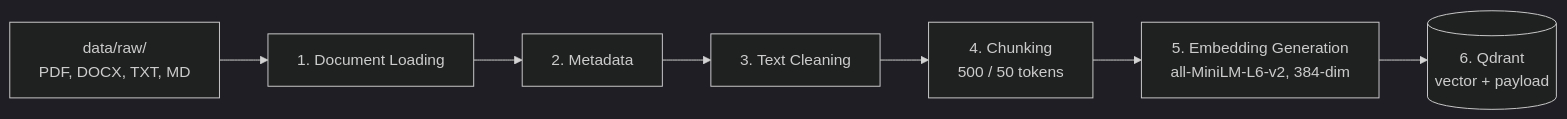
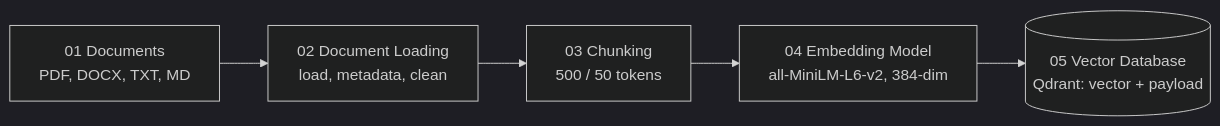
The second of 2 diagrams in README.md (davronbek-malikov/TACTIQ), drawn with Mermaid (dark theme) before and after one commit. The commit also changed other lines of this file and 73 other files, not shown here.

````diff
--- a/README.md
+++ b/README.md
@@ -279,9 +280,7 @@
 ```mermaid
 flowchart LR
-    A["data/raw/<br/>PDF, DOCX, TXT, MD"] --> B["1. Document Loading"]
-    B --> C["2. Metadata"]
-    C --> D["3. Text Cleaning"]
-    D --> E["4. Chunking<br/>500 / 50 tokens"]
-    E --> F["5. Embedding Generation<br/>all-MiniLM-L6-v2, 384-dim"]
-    F --> G[("6. Qdrant<br/>vector + payload")]
+    A["01 Documents<br/>PDF, DOCX, TXT, MD"] --> B["02 Document Loading<br/>load, metadata, clean"]
+    B --> C["03 Chunking<br/>500 / 50 tokens"]
+    C --> D["04 Embedding Model<br/>all-MiniLM-L6-v2, 384-dim"]
+    D --> E[("05 Vector Database<br/>Qdrant: vector + payload")]
 ```
````
